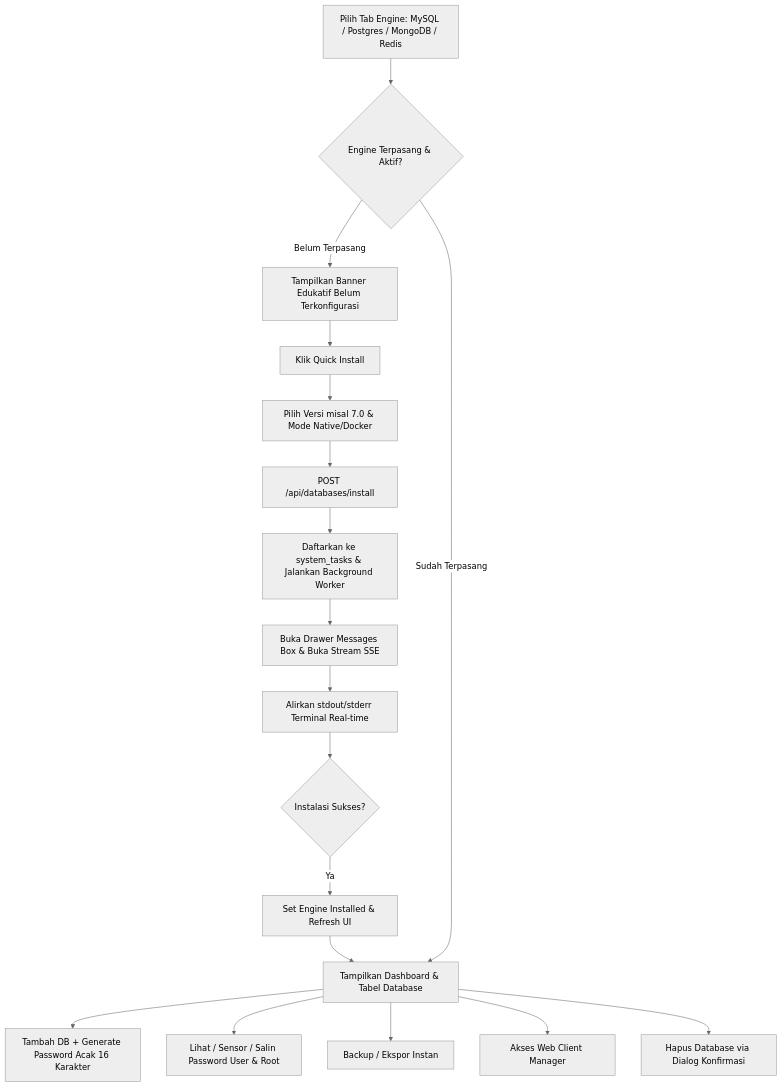
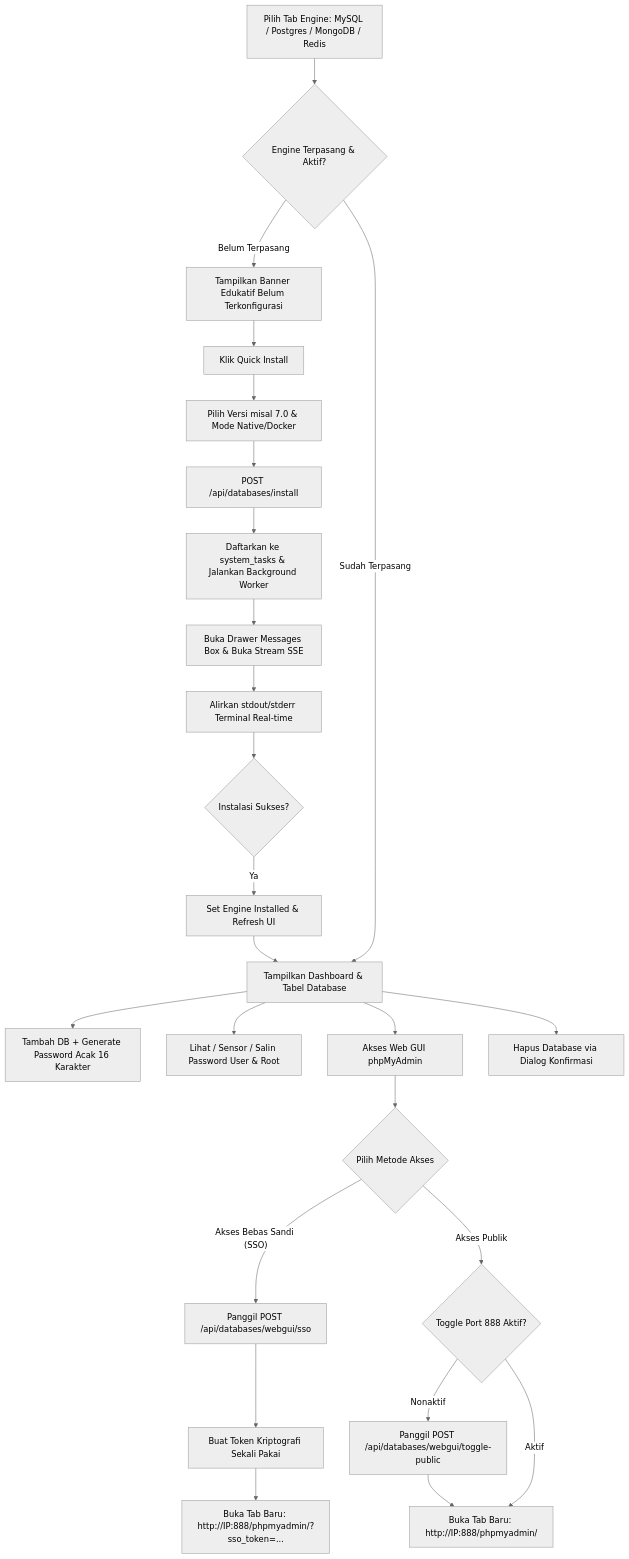
Before and after one commit to FikFikk/fikpanel: the fourth of 4 diagrams in documentation.md, drawn with Mermaid (neutral theme). The commit also changed 29 other files, not shown here.

Commit message:
feat(database): implement webgui sso redirection and public url toggle

````diff
--- a/documentation.md
+++ b/documentation.md
@@ -86,22 +86,29 @@
 ```mermaid
 flowchart TD
     PilihEngine[Pilih Tab Engine: MySQL / Postgres / MongoDB / Redis] --> CekTerpasang{Engine Terpasang & Aktif?}
     
     CekTerpasang -- Belum Terpasang --> EmptyState[Tampilkan Banner Edukatif Belum Terkonfigurasi]
     EmptyState --> KlikInstall[Klik Quick Install]
     KlikInstall --> ModalVersi[Pilih Versi misal 7.0 & Mode Native/Docker]
     ModalVersi --> PicuInstall[POST /api/databases/install]
     PicuInstall --> TaskQueue[Daftarkan ke system_tasks & Jalankan Background Worker]
     TaskQueue --> MessagesBox[Buka Drawer Messages Box & Buka Stream SSE]
     MessagesBox --> StreamLog[Alirkan stdout/stderr Terminal Real-time]
     StreamLog --> SelesaiInstall{Instalasi Sukses?}
     SelesaiInstall -- Ya --> UpdateState[Set Engine Installed & Refresh UI]
     UpdateState --> DashboardDB
     
     CekTerpasang -- Sudah Terpasang --> DashboardDB[Tampilkan Dashboard & Tabel Database]
     DashboardDB --> TambahDB[Tambah DB + Generate Password Acak 16 Karakter]
     DashboardDB --> KelolaPass[Lihat / Sensor / Salin Password User & Root]
-    DashboardDB --> BackupDB[Backup / Ekspor Instan]
-    DashboardDB --> WebGUI[Akses Web Client Manager]
+    DashboardDB --> WebGUI[Akses Web GUI phpMyAdmin]
+    WebGUI --> PilihAkses{Pilih Metode Akses}
+    PilihAkses -- Akses Bebas Sandi (SSO) --> GenSSO[Panggil POST /api/databases/webgui/sso]
+    GenSSO --> TokenSSO[Buat Token Kriptografi Sekali Pakai]
+    TokenSSO --> RedirectTab[Buka Tab Baru: http://IP:888/phpmyadmin/?sso_token=...]
+    PilihAkses -- Akses Publik --> CekPortPublik{Toggle Port 888 Aktif?}
+    CekPortPublik -- Nonaktif --> BukaPort[Panggil POST /api/databases/webgui/toggle-public]
+    BukaPort --> BukaURLPublik[Buka Tab Baru: http://IP:888/phpmyadmin/]
+    CekPortPublik -- Aktif --> BukaURLPublik
     DashboardDB --> HapusDB[Hapus Database via Dialog Konfirmasi]
 ```
````
